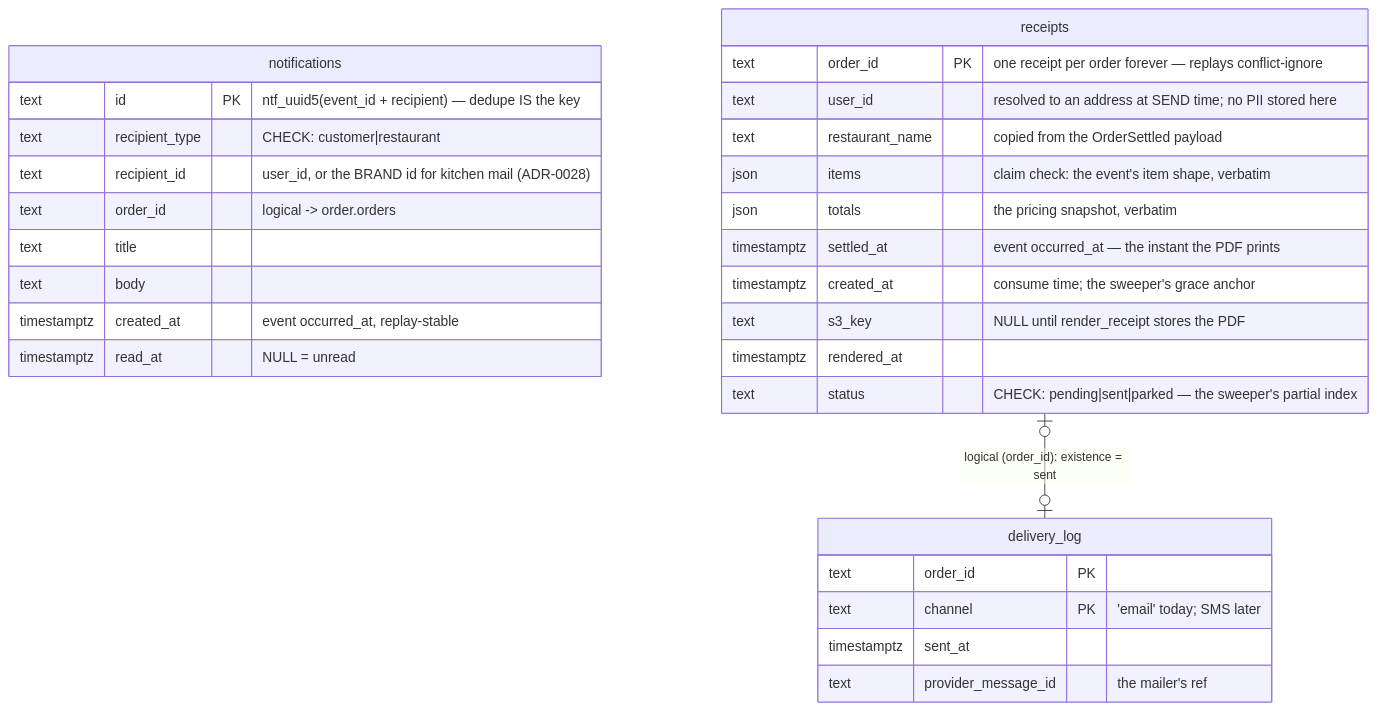
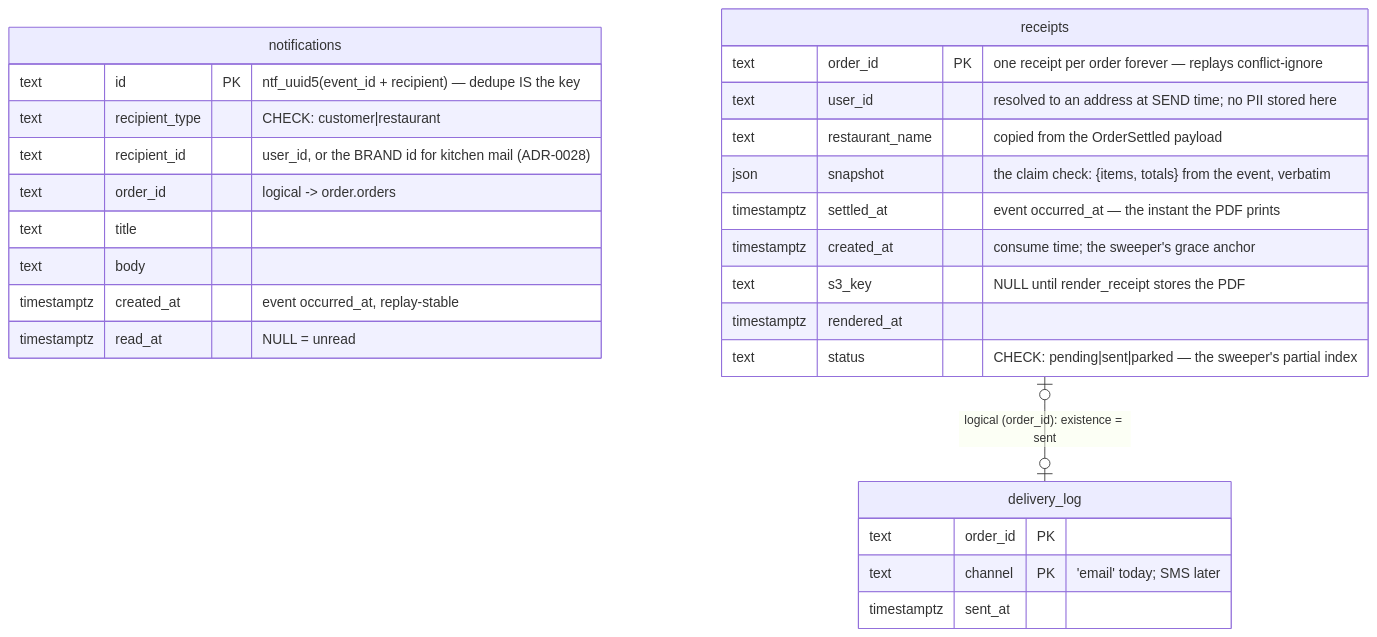
One commit to Aizazahmed-7/SmartFoodOps changed the sixth of 7 diagrams in docs/erd.md. Above: the diagram before and after it, drawn with Mermaid. The commit also changed other lines of this file and 7 other files, not shown here.

Commit message:
some changes in the erd

````diff
--- a/docs/erd.md
+++ b/docs/erd.md
@@ -433,32 +433,30 @@
 ```mermaid
 erDiagram
     notifications {
         text id PK "ntf_uuid5(event_id + recipient) — dedupe IS the key"
         text recipient_type "CHECK: customer|restaurant"
         text recipient_id "user_id, or the BRAND id for kitchen mail (ADR-0028)"
         text order_id "logical -> order.orders"
         text title
         text body
         timestamptz created_at "event occurred_at, replay-stable"
         timestamptz read_at "NULL = unread"
     }
     receipts {
         text order_id PK "one receipt per order forever — replays conflict-ignore"
         text user_id "resolved to an address at SEND time; no PII stored here"
         text restaurant_name "copied from the OrderSettled payload"
-        json items "claim check: the event's item shape, verbatim"
-        json totals "the pricing snapshot, verbatim"
+        json snapshot "the claim check: {items, totals} from the event, verbatim"
         timestamptz settled_at "event occurred_at — the instant the PDF prints"
         timestamptz created_at "consume time; the sweeper's grace anchor"
         text s3_key "NULL until render_receipt stores the PDF"
         timestamptz rendered_at
         text status "CHECK: pending|sent|parked — the sweeper's partial index"
     }
     delivery_log {
         text order_id PK
         text channel PK "'email' today; SMS later"
         timestamptz sent_at
-        text provider_message_id "the mailer's ref"
     }
     receipts |o--o| delivery_log : "logical (order_id): existence = sent"
 ```
````
